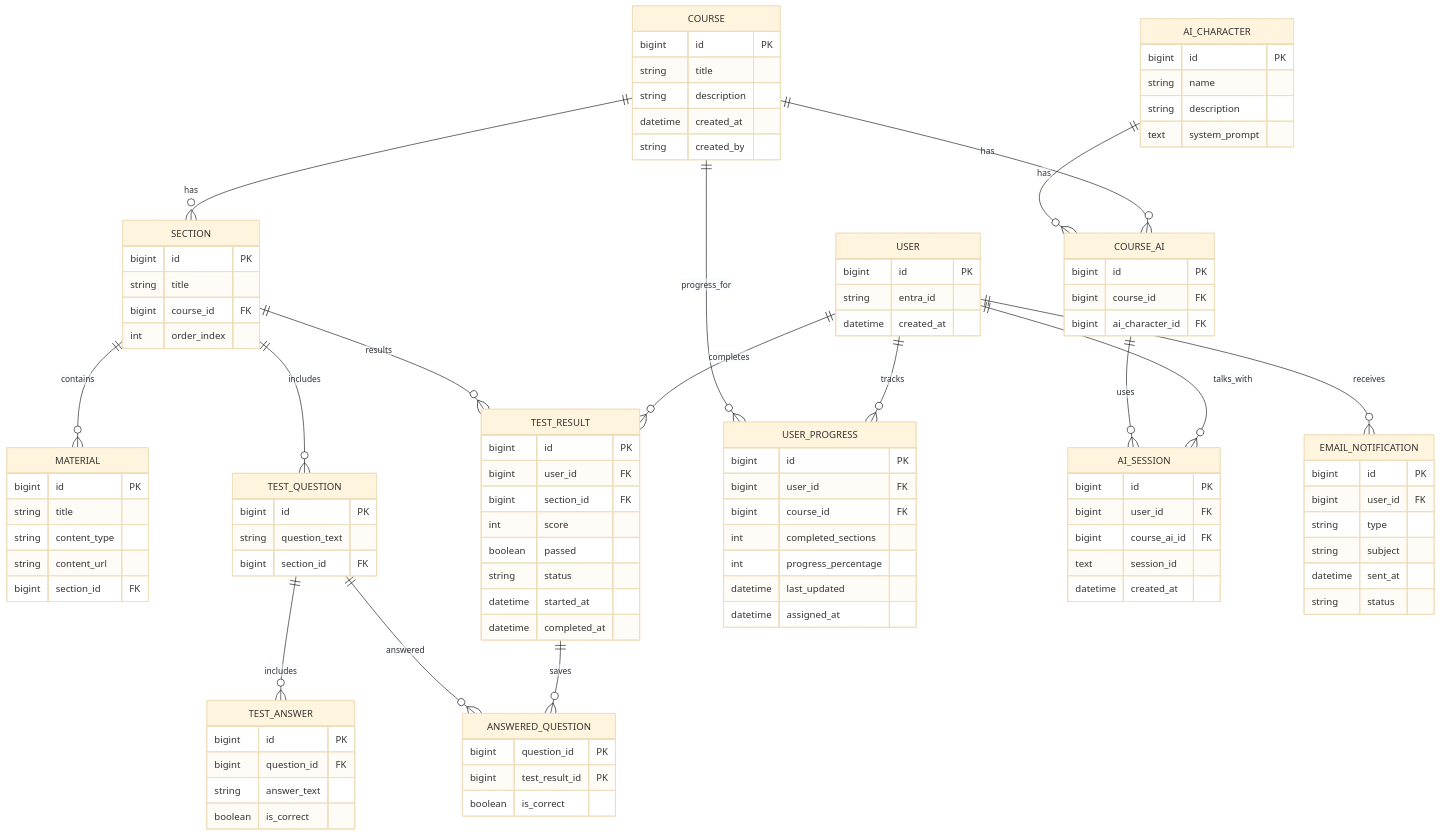
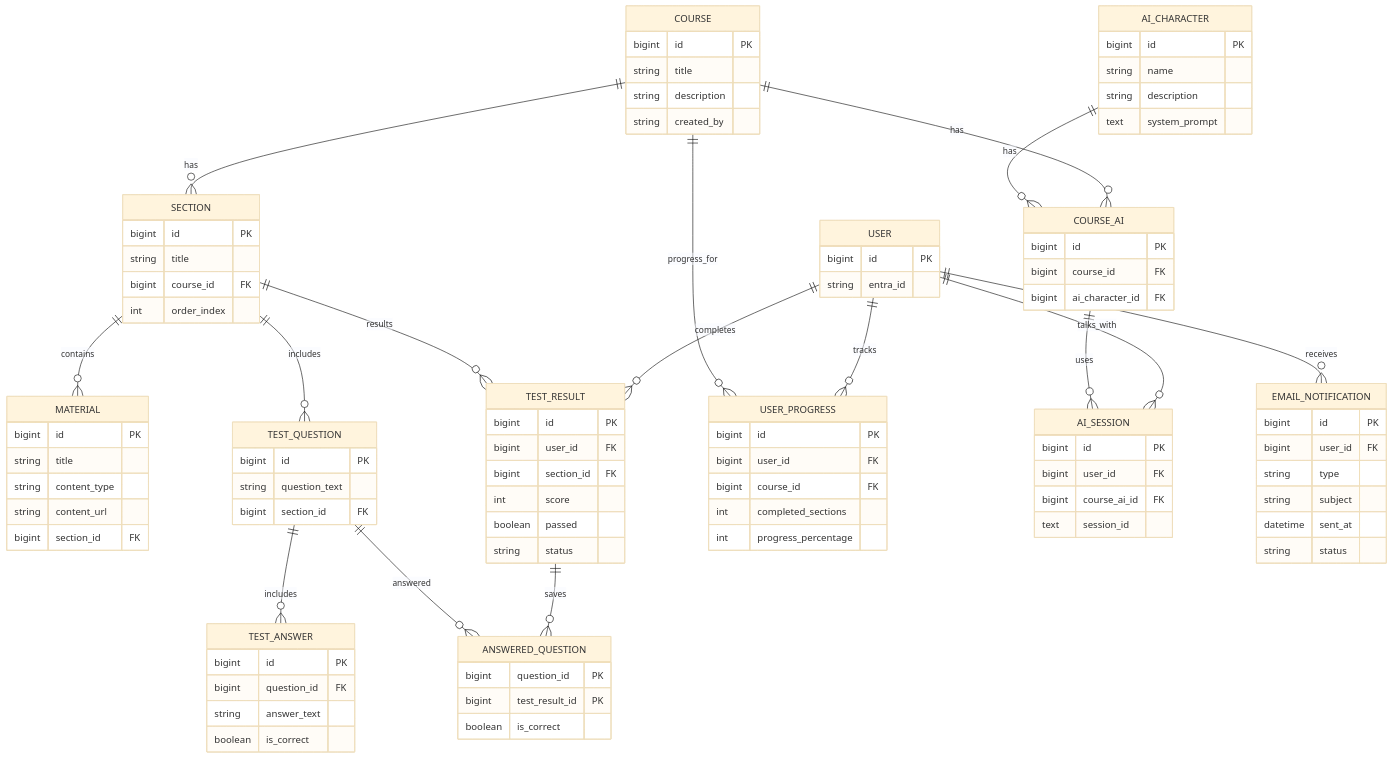
One commit to Adde2000/LIAProjekt changed the diagram in JIN24/erDiagram.md. Above: the diagram before and after it, drawn with Mermaid (base theme). The commit also changed 11 other files, not shown here.

```diff
--- a/JIN24/erDiagram.md
+++ b/JIN24/erDiagram.md
@@ -4,14 +4,12 @@
     USER {
         bigint id PK
         string entra_id
-        datetime created_at
     }
 
     COURSE {
         bigint id PK
         string title
         string description
-        datetime created_at
         string created_by
     }
 
@@ -50,8 +48,6 @@
         int score
         boolean passed
         string status
-        datetime started_at
-        datetime completed_at
     }
     
     ANSWERED_QUESTION {
@@ -66,8 +62,6 @@
         bigint course_id FK
         int completed_sections
         int progress_percentage
-        datetime last_updated
-        datetime assigned_at
     }
 
     COURSE_AI {
@@ -81,7 +75,6 @@
         bigint user_id FK
         bigint course_ai_id FK
         text session_id
-        datetime created_at
     }
 
     AI_CHARACTER {
```
